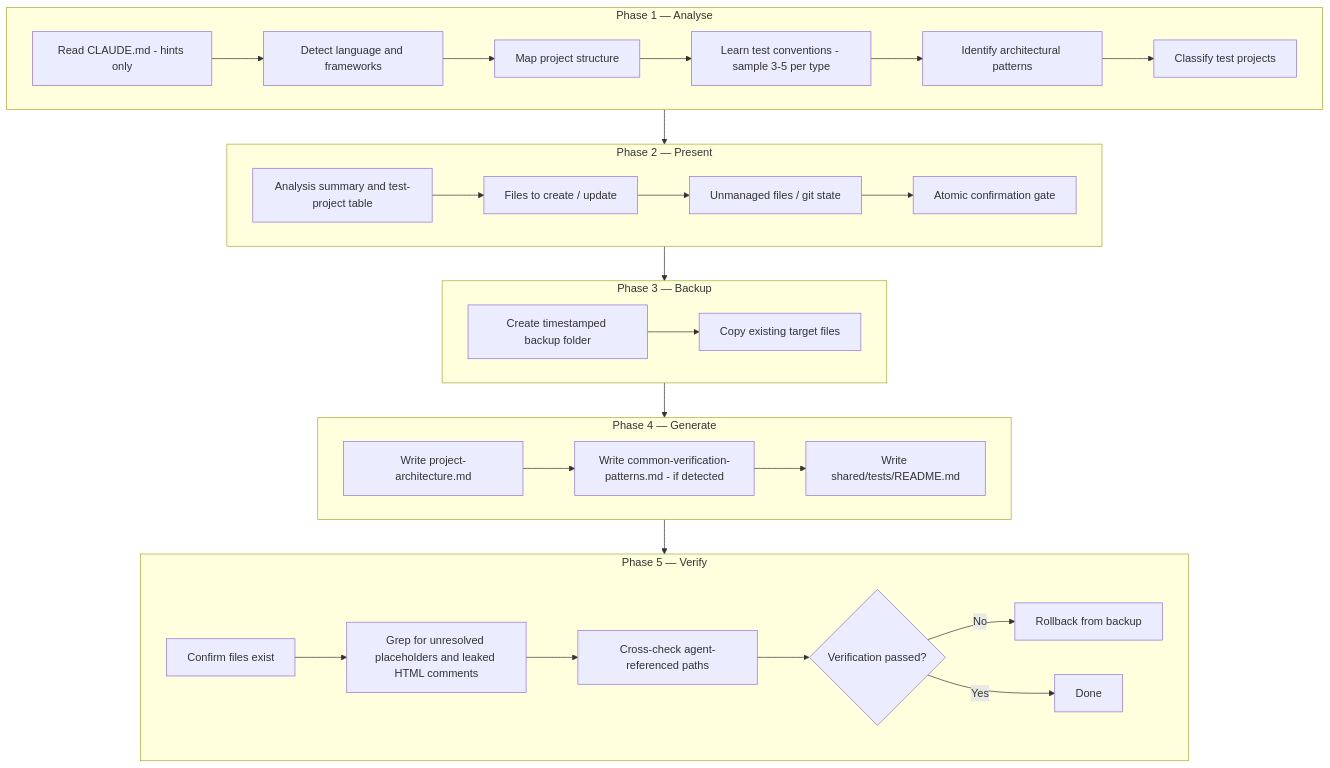
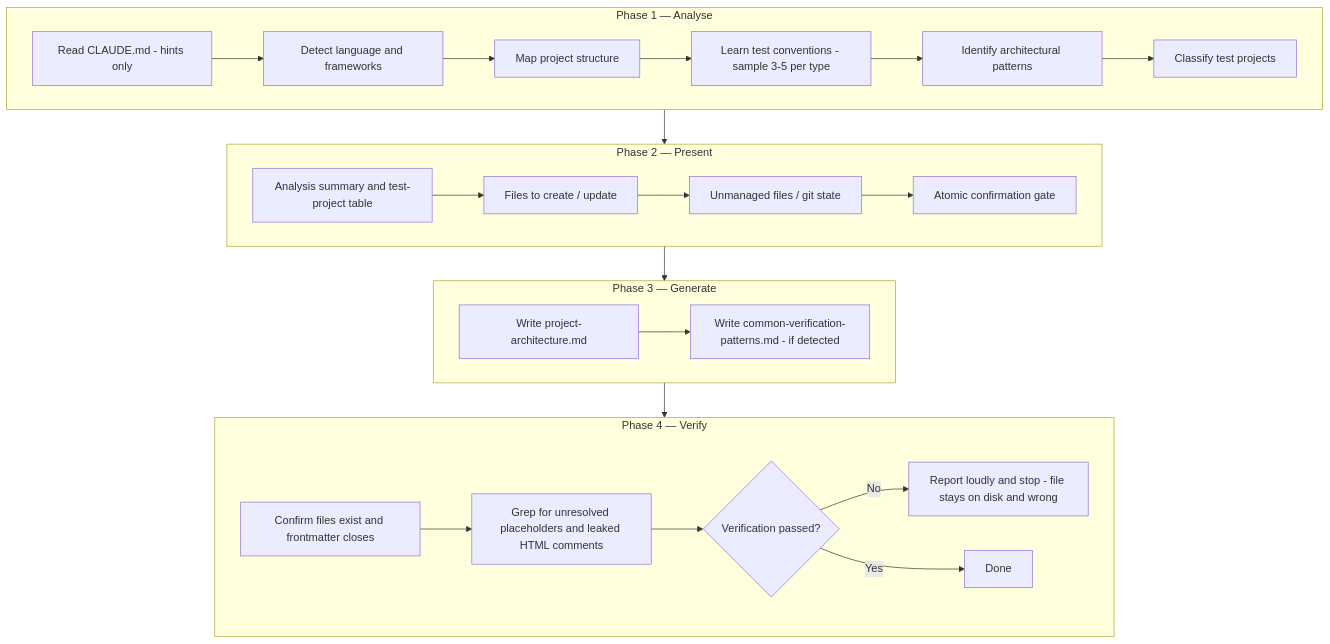
The diagram in plugins/test-authoring/docs/skills/readme-setup-test-context.md (softwareone-platform/issue-to-pr), drawn with Mermaid before and after one commit. The commit also changed other lines of this file and 4 other files, not shown here.

Commit message:
drop setup backup, rollback and README output

````diff
--- a/plugins/test-authoring/docs/skills/readme-setup-test-context.md
+++ b/plugins/test-authoring/docs/skills/readme-setup-test-context.md
@@ -68,47 +68,39 @@
 ```mermaid
 flowchart TB
     subgraph P1["Phase 1 — Analyse"]
         direction LR
         A1[Read CLAUDE.md - hints only]
         A2[Detect language and frameworks]
         A3[Map project structure]
         A4[Learn test conventions - sample 3-5 per type]
         A5[Identify architectural patterns]
         A6[Classify test projects]
         A1 --> A2 --> A3 --> A4 --> A5 --> A6
     end
     subgraph P2["Phase 2 — Present"]
         direction LR
         B1[Analysis summary and test-project table]
         B2[Files to create / update]
         B3[Unmanaged files / git state]
         B4[Atomic confirmation gate]
         B1 --> B2 --> B3 --> B4
     end
-    subgraph P3["Phase 3 — Backup"]
-        direction LR
-        C1[Create timestamped backup folder]
-        C2[Copy existing target files]
-        C1 --> C2
-    end
-    subgraph P4["Phase 4 — Generate"]
+    subgraph P3["Phase 3 — Generate"]
         direction LR
         D1[Write project-architecture.md]
         D2[Write common-verification-patterns.md - if detected]
-        D3[Write shared/tests/README.md]
-        D1 --> D2 --> D3
+        D1 --> D2
     end
-    subgraph P5["Phase 5 — Verify"]
+    subgraph P4["Phase 4 — Verify"]
         direction LR
-        E1[Confirm files exist]
+        E1[Confirm files exist and frontmatter closes]
         E2[Grep for unresolved placeholders and leaked HTML comments]
-        E3[Cross-check agent-referenced paths]
-        E4{Verification passed?}
-        E5[Rollback from backup]
-        E6[Done]
-        E1 --> E2 --> E3 --> E4
-        E4 -- No --> E5
-        E4 -- Yes --> E6
+        E3{Verification passed?}
+        E4[Report loudly and stop - file stays on disk and wrong]
+        E5[Done]
+        E1 --> E2 --> E3
+        E3 -- No --> E4
+        E3 -- Yes --> E5
     end
-    P1 --> P2 --> P3 --> P4 --> P5
+    P1 --> P2 --> P3 --> P4
 ```
````
